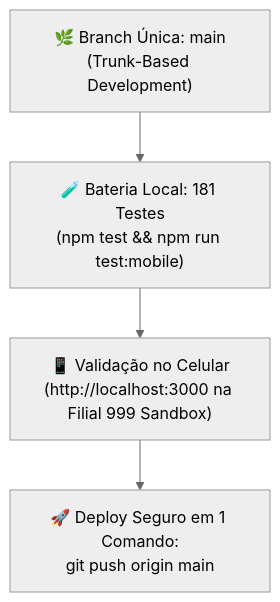
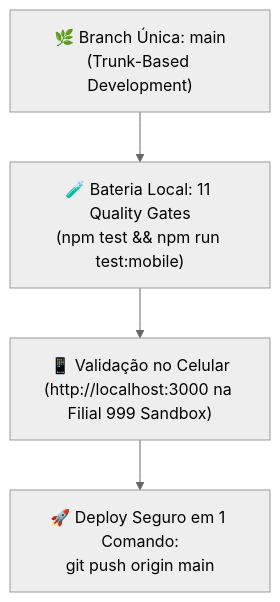
One commit to NaejBarbosa/paletscan-etl changed the third of 3 diagrams in docs/desenvolvimento-termux.md. Above: the diagram before and after it, drawn with Mermaid (neutral theme). The commit also changed other lines of this file and 19 other files, not shown here.

````diff
--- a/docs/desenvolvimento-termux.md
+++ b/docs/desenvolvimento-termux.md
@@ -104,7 +94,7 @@
 ```mermaid
 flowchart TD
     M["🌿 Branch Única: main\n(Trunk-Based Development)"]
-    M --> TEST["🧪 Bateria Local: 181 Testes\n(npm test && npm run test:mobile)"]
+    M --> TEST["🧪 Bateria Local: 11 Quality Gates\n(npm test && npm run test:mobile)"]
     TEST --> LOCAL["📱 Validação no Celular\n(http://localhost:3000 na Filial 999 Sandbox)"]
     LOCAL --> SHIP["🚀 Deploy Seguro em 1 Comando:\ngit push origin main"]
 ```
````
